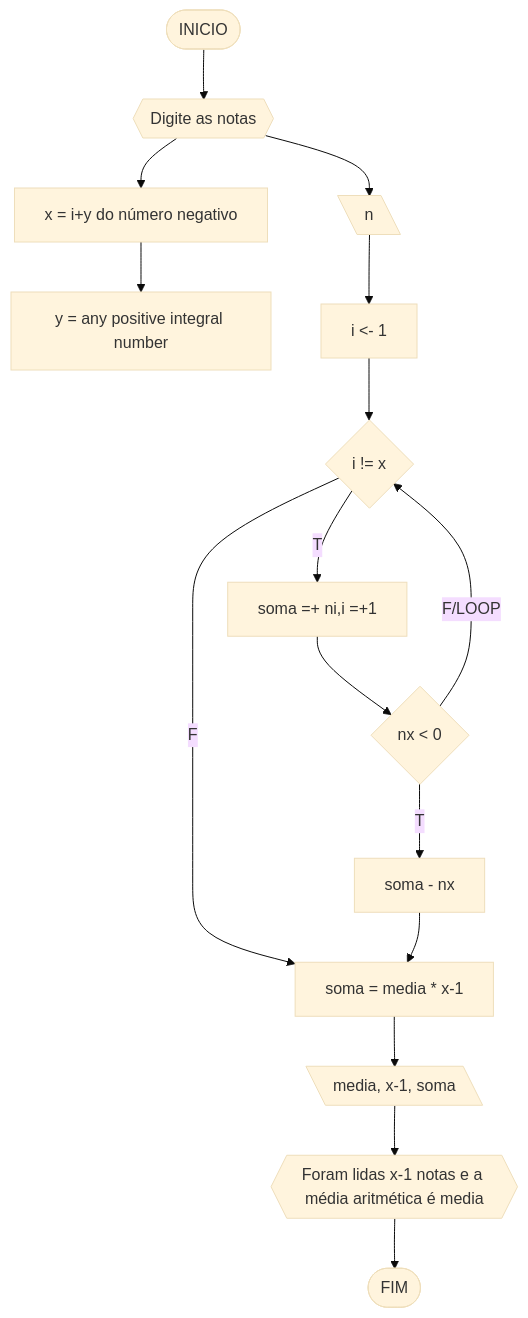
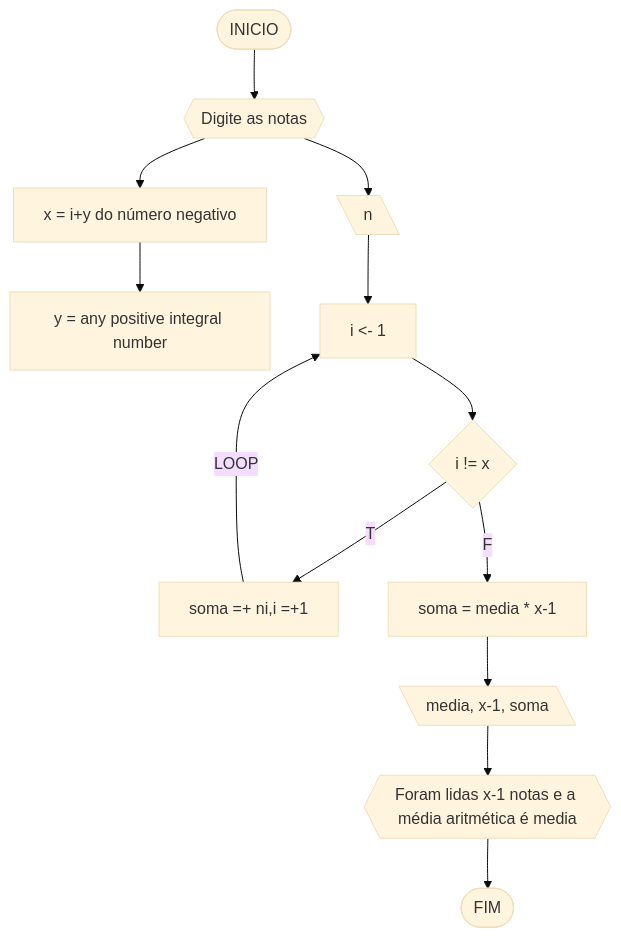
Diagram 15 of 22 in codigos.md (MozillaFirefox/UNIFOR), drawn with Mermaid (base theme) before and after one commit. The commit also changed other lines of this file, not shown here.

````diff
--- a/codigos.md
+++ b/codigos.md
@@ -713,19 +713,16 @@
 ```mermaid
 flowchart TD
 A([INICIO]) --> B{{Digite as notas}}
 B-->C[\n\]
 B-->X[ x = i+y do número negativo]
 X-->Z[ y = any positive integral number]
 C-->D[i <- 1]
 D-->E{i != x}
 E--T-->H[soma =+ ni,i =+1]
 E--F-->G[ soma = media * x-1]
-H-->J{nx < 0}
-J--T-->K[soma - nx]
-K-->G
-J--F/LOOP-->E
+H--LOOP-->D
 G-->M[\media, x-1, soma\]
 M-->N{{Foram lidas x-1 notas e a média aritmética é media}}
 N-->O([FIM])
 
 ```
````
